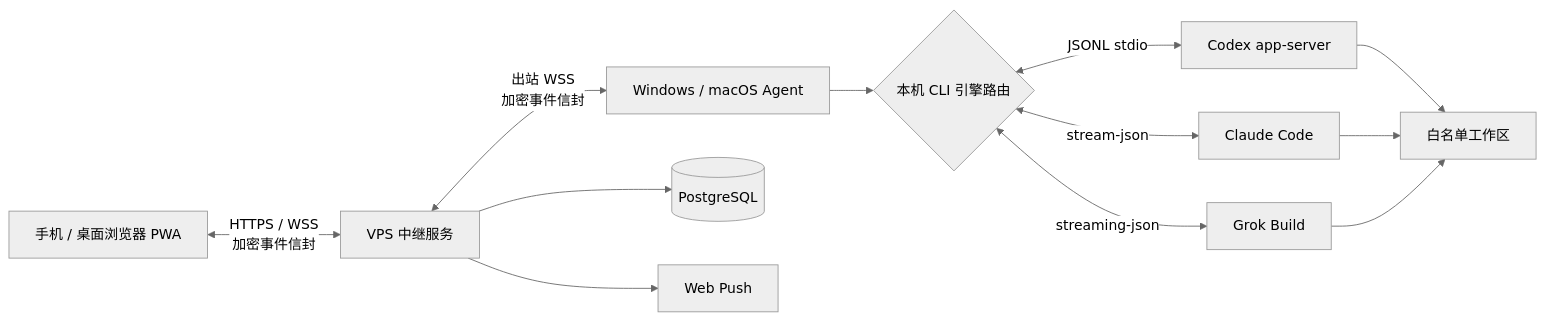
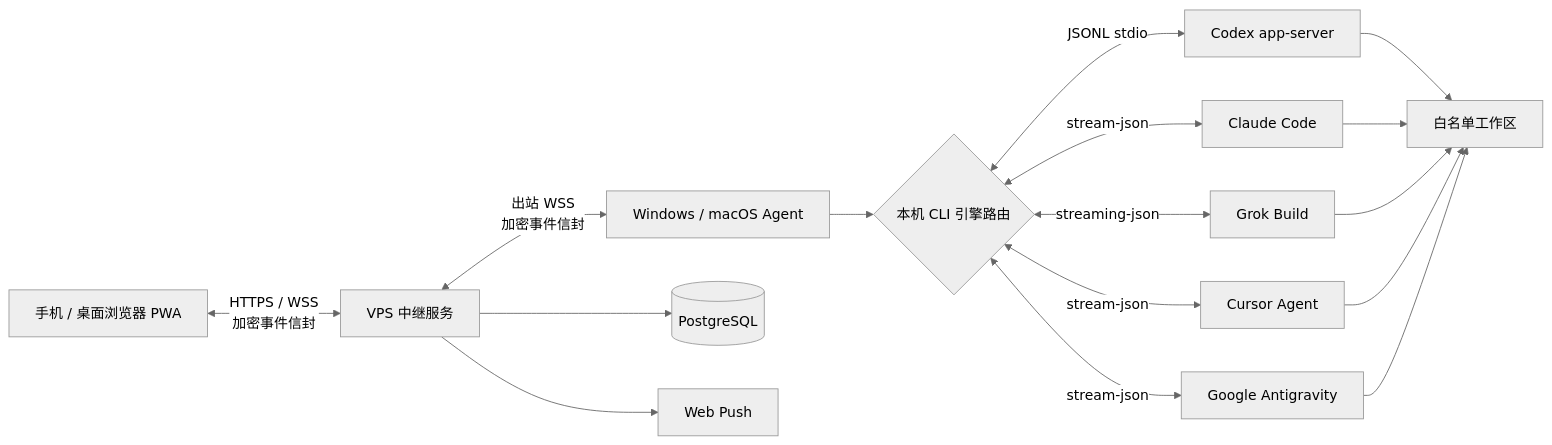
One commit to demonrain/anytimevibe changed the diagram in docs/PRODUCT.md. Above: the diagram before and after it, drawn with Mermaid (neutral theme). The commit also changed other lines of this file and 8 other files, not shown here.

Commit message:
docs: update documentation and screenshots for Google Antigravity 5-engine support

````diff
--- a/docs/PRODUCT.md
+++ b/docs/PRODUCT.md
@@ -73,14 +73,18 @@
 ```mermaid
 flowchart LR
     PWA[手机 / 桌面浏览器 PWA] <-->|HTTPS / WSS\n加密事件信封| Relay[VPS 中继服务]
     Relay <-->|出站 WSS\n加密事件信封| Agent[Windows / macOS Agent]
     Agent --> Router{本机 CLI 引擎路由}
     Router <-->|JSONL stdio| Codex[Codex app-server]
     Router <-->|stream-json| Claude[Claude Code]
     Router <-->|streaming-json| Grok[Grok Build]
+    Router <-->|stream-json| Cursor[Cursor Agent]
+    Router <-->|stream-json| Antigravity[Google Antigravity]
     Codex --> Workspace[白名单工作区]
     Claude --> Workspace
     Grok --> Workspace
+    Cursor --> Workspace
+    Antigravity --> Workspace
     Relay --> DB[(PostgreSQL)]
     Relay --> Push[Web Push]
 ```
````
